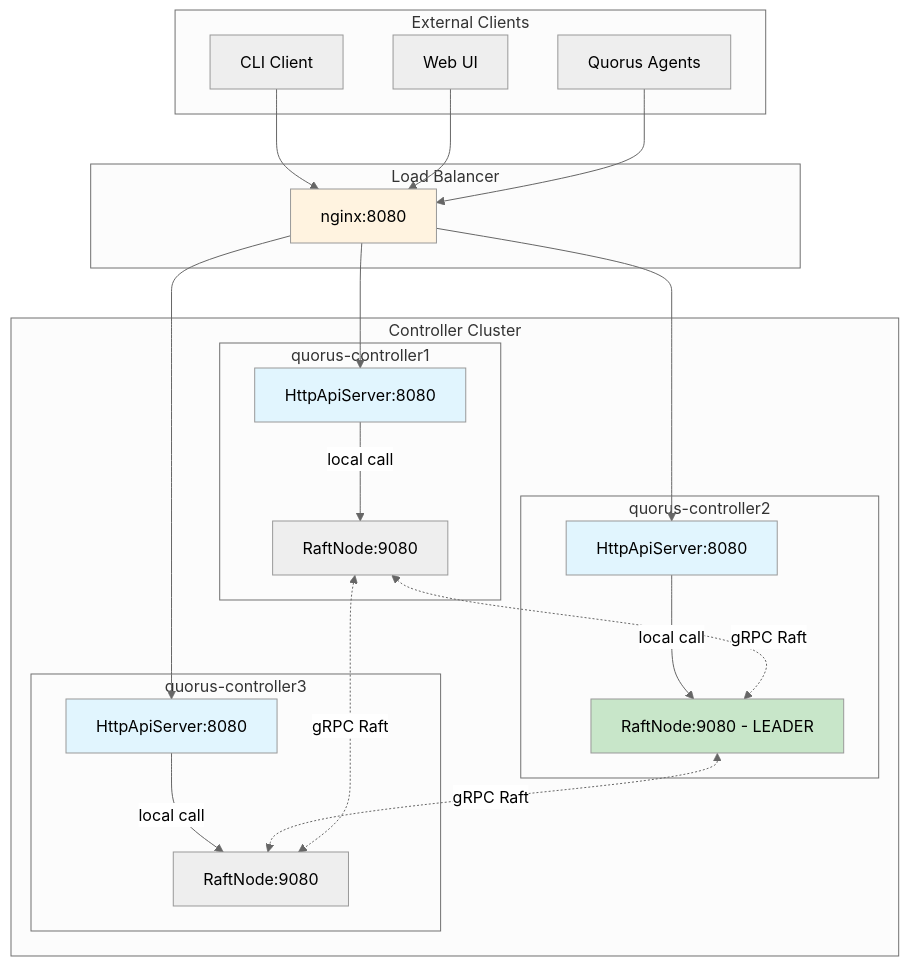
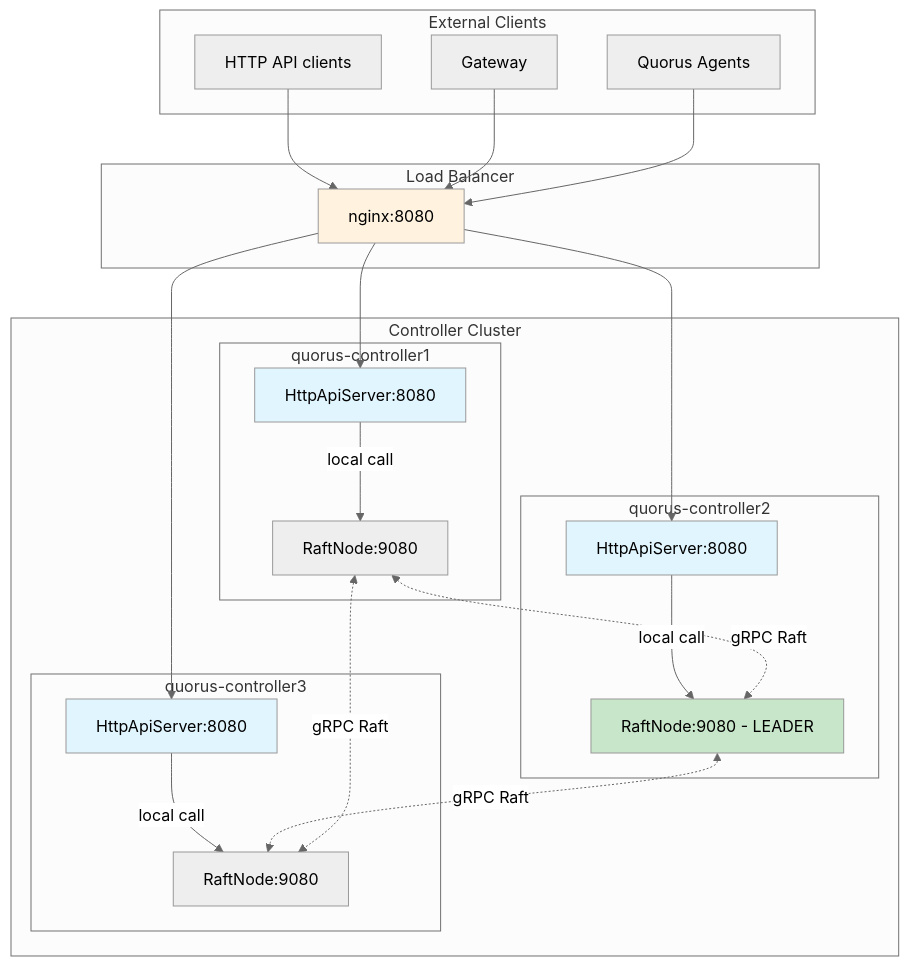
The eighth of 11 diagrams in docs-design/design/QUORUS_SYSTEM_DESIGN.md (mraysmit/quorus), drawn with Mermaid (neutral theme) before and after one commit. The commit also changed other lines of this file and 50 other files, not shown here.

````diff
--- a/docs-design/design/QUORUS_SYSTEM_DESIGN.md
+++ b/docs-design/design/QUORUS_SYSTEM_DESIGN.md
@@ -1830,49 +1244,49 @@
 ```mermaid
 graph TB
     subgraph "External Clients"
-        CLI[CLI Client]
-        WEB[Web UI]
+        CLI[HTTP API clients]
+        WEB[Gateway]
         AGENT[Quorus Agents]
     end
 
     subgraph "Load Balancer"
         LB[nginx:8080]
     end
 
     subgraph "Controller Cluster"
         subgraph "quorus-controller1"
             H1[HttpApiServer:8080]
             R1[RaftNode:9080]
         end
         subgraph "quorus-controller2"
             H2[HttpApiServer:8080]
             R2[RaftNode:9080 - LEADER]
         end
         subgraph "quorus-controller3"
             H3[HttpApiServer:8080]
             R3[RaftNode:9080]
         end
     end
 
     CLI --> LB
     WEB --> LB
     AGENT --> LB
 
     LB --> H1
     LB --> H2
     LB --> H3
 
     H1 -->|local call| R1
     H2 -->|local call| R2
     H3 -->|local call| R3
 
     R1 <-.->|gRPC Raft| R2
     R2 <-.->|gRPC Raft| R3
     R1 <-.->|gRPC Raft| R3
 
     style R2 fill:#c8e6c9
     style H1 fill:#e1f5fe
     style H2 fill:#e1f5fe
     style H3 fill:#e1f5fe
     style LB fill:#fff3e0
 ```
````
